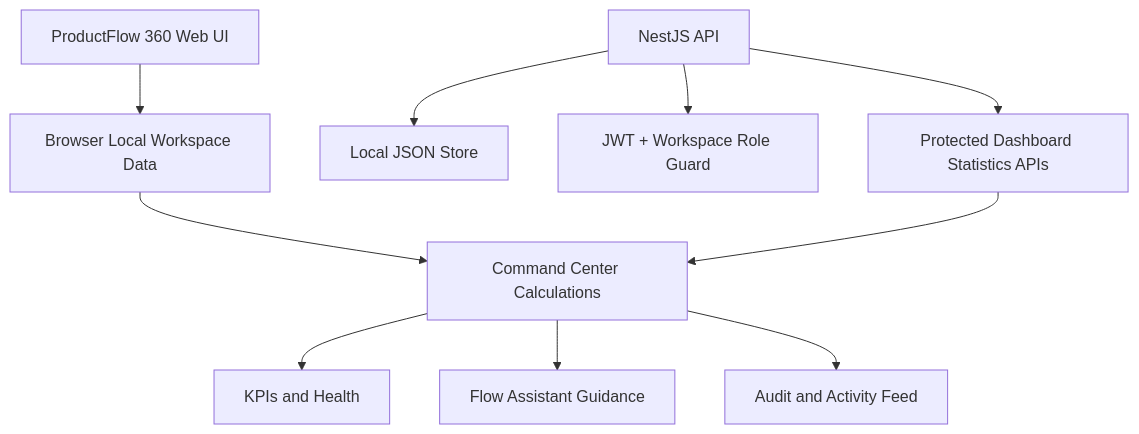
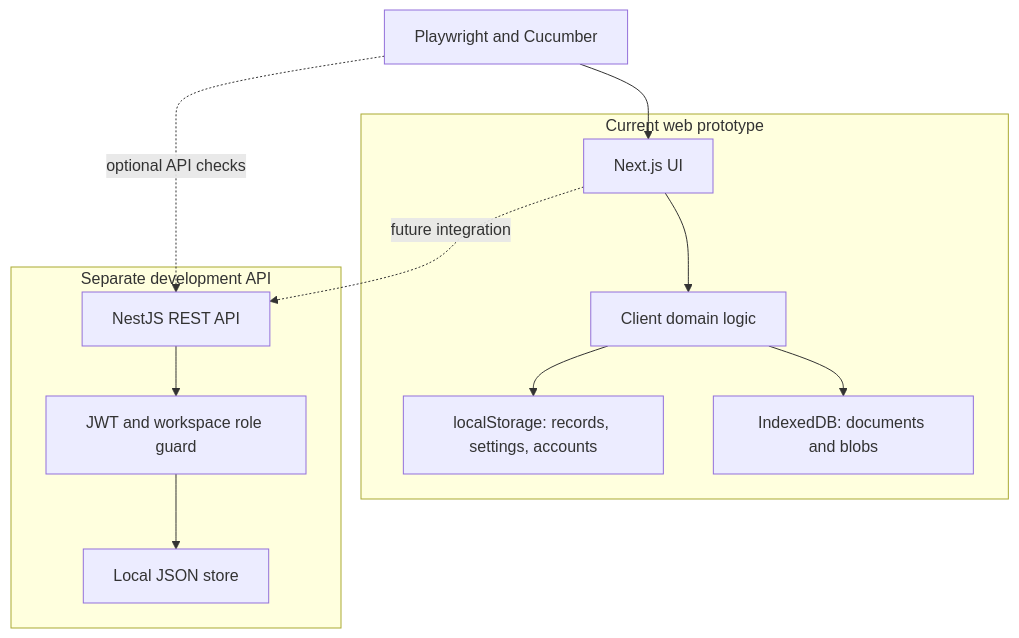
Before and after one commit to haroondhanyal/Product_Flow_360: the third of 4 diagrams in README.md, drawn with Mermaid. The commit also changed other lines of this file and 81 other files, not shown here.

````diff
--- a/README.md
+++ b/README.md
@@ -39,12 +73,15 @@
 ```mermaid
 flowchart TB
-    UI[ProductFlow 360 Web UI] --> LS[Browser Local Workspace Data]
-    LS --> CC[Command Center Calculations]
-    CC --> KPI[KPIs and Health]
-    CC --> AI[Flow Assistant Guidance]
-    CC --> ACT[Audit and Activity Feed]
-    API[NestJS API] --> FILE[Local JSON Store]
-    API --> JWT[JWT + Workspace Role Guard]
-    API --> DASH[Protected Dashboard Statistics APIs]
-    DASH --> CC
+  subgraph Browser[Current web prototype]
+    UI[Next.js UI] --> Domain[Client domain logic]
+    Domain --> LS[localStorage: records, settings, accounts]
+    Domain --> IDB[IndexedDB: documents and blobs]
+  end
+  subgraph APISide[Separate development API]
+    API[NestJS REST API] --> Auth[JWT and workspace role guard]
+    Auth --> Store[Local JSON store]
+  end
+  Tests[Playwright and Cucumber] --> UI
+  Tests -. optional API checks .-> API
+  UI -. future integration .-> API
 ```
````
